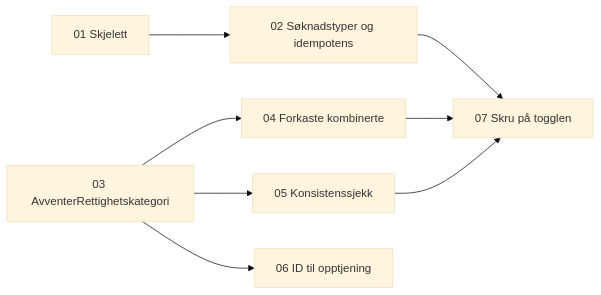
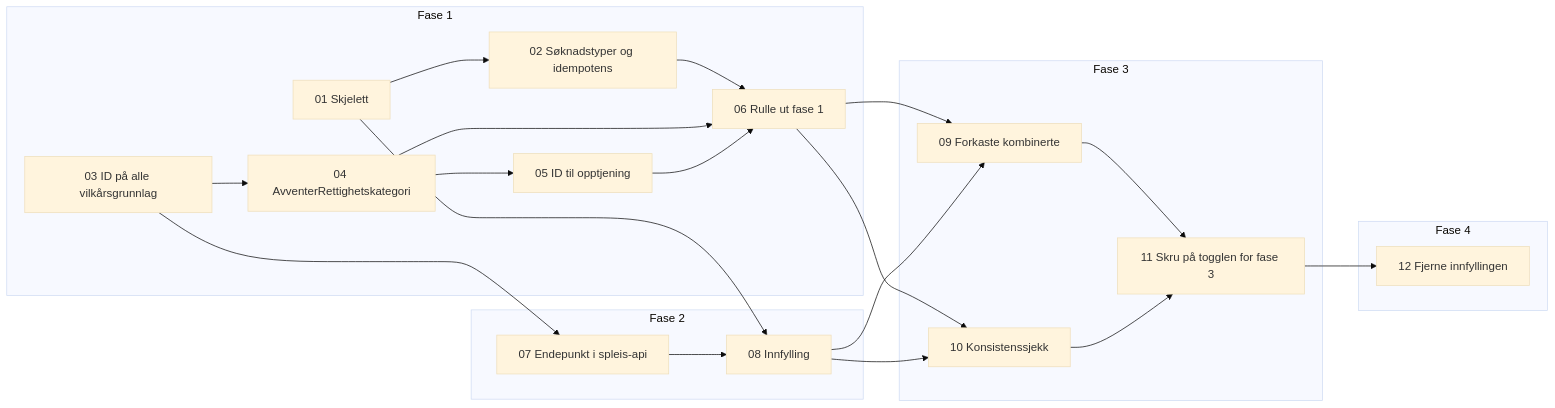
Before and after one commit to navikt/helse-sas-meta: the diagram in docs/tickets/avklare-rettighetskategori/index.md, drawn with Mermaid (base theme). The commit also changed other lines of this file and 18 other files, not shown here.

````diff
--- a/docs/tickets/avklare-rettighetskategori/index.md
+++ b/docs/tickets/avklare-rettighetskategori/index.md
@@ -15,10 +20,28 @@
 ```mermaid
 flowchart LR
-    T01[01 Skjelett] --> T02[02 Søknadstyper og idempotens]
-    T03[03 AvventerRettighetskategori] --> T04[04 Forkaste kombinerte]
-    T03 --> T05[05 Konsistenssjekk]
-    T03 --> T06[06 ID til opptjening]
-    T02 --> T07[07 Skru på togglen]
-    T04 --> T07
-    T05 --> T07
+    subgraph F1[Fase 1]
+        T01[01 Skjelett] --> T02[02 Søknadstyper og idempotens]
+        T03[03 ID på alle vilkårsgrunnlag] --> T04[04 AvventerRettighetskategori]
+        T04 --> T05[05 ID til opptjening]
+        T02 --> T06[06 Rulle ut fase 1]
+        T04 --> T06
+        T05 --> T06
+    end
+    subgraph F2[Fase 2]
+        T07[07 Endepunkt i spleis-api] --> T08[08 Innfylling]
+    end
+    subgraph F3[Fase 3]
+        T09[09 Forkaste kombinerte] --> T11[11 Skru på togglen for fase 3]
+        T10[10 Konsistenssjekk] --> T11
+    end
+    subgraph F4[Fase 4]
+        T12[12 Fjerne innfyllingen]
+    end
+    T03 --> T07
+    T01 --> T08
+    T06 --> T09
+    T06 --> T10
+    T08 --> T09
+    T08 --> T10
+    T11 --> T12
 ```
````
